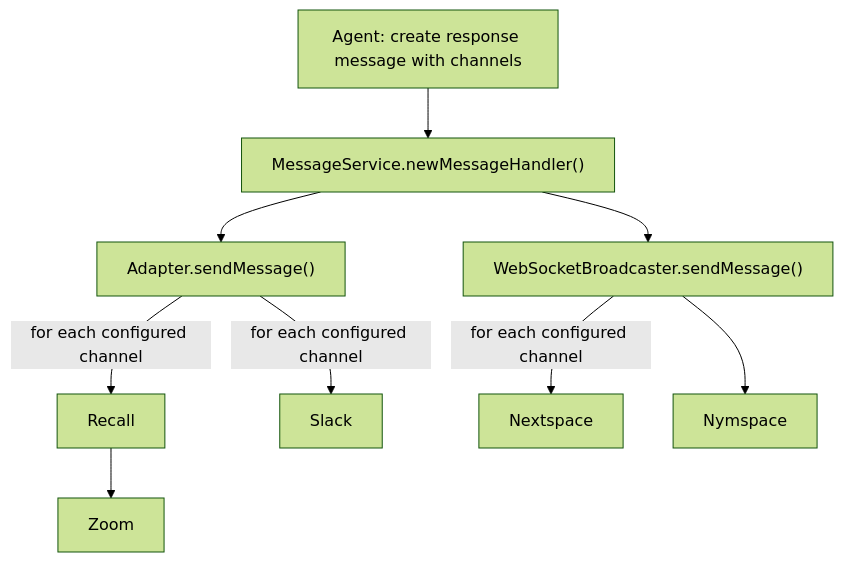
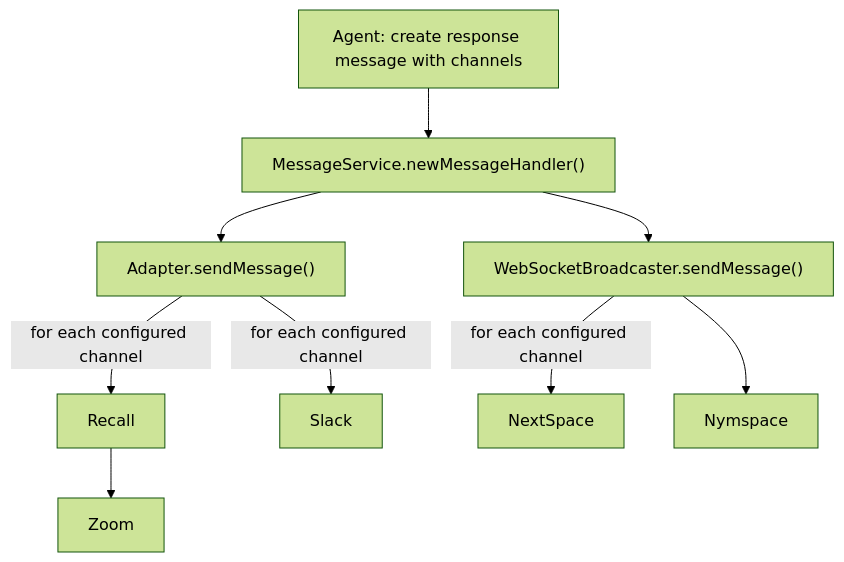
The diagram in docs/pages/developers/diagrams/agent_respond_message.md (berkmancenter/llm_engine), drawn with Mermaid (forest theme) before and after one commit. The commit also changed 28 other files, not shown here.

Commit message:
fix: correct NextSpace product name capitalization throughout

````diff
--- a/docs/pages/developers/diagrams/agent_respond_message.md
+++ b/docs/pages/developers/diagrams/agent_respond_message.md
@@ -1,21 +1,21 @@
 ```mermaid
 flowchart TD
     Agent --> MessageService
     MessageService --> Adapter
     MessageService --> WebSocketBroadcaster
     Adapter --> |"for each configured channel"| Recall
     Adapter --> |"for each configured channel"| Slack
     Recall --> Zoom
-    WebSocketBroadcaster --> |"for each configured channel"| Nextspace
+    WebSocketBroadcaster --> |"for each configured channel"| NextSpace
     WebSocketBroadcaster --> Nymspace
 
     Agent["Agent: create response message with channels"]
     MessageService["MessageService.newMessageHandler()"]
     Adapter["Adapter.sendMessage()"]
     WebSocketBroadcaster["WebSocketBroadcaster.sendMessage()"]
     Recall["Recall"]
     Zoom["Zoom"]
     Slack["Slack"]
-    Nextspace["Nextspace"]
+    NextSpace["NextSpace"]
     Nymspace["Nymspace"]
 ```
````
